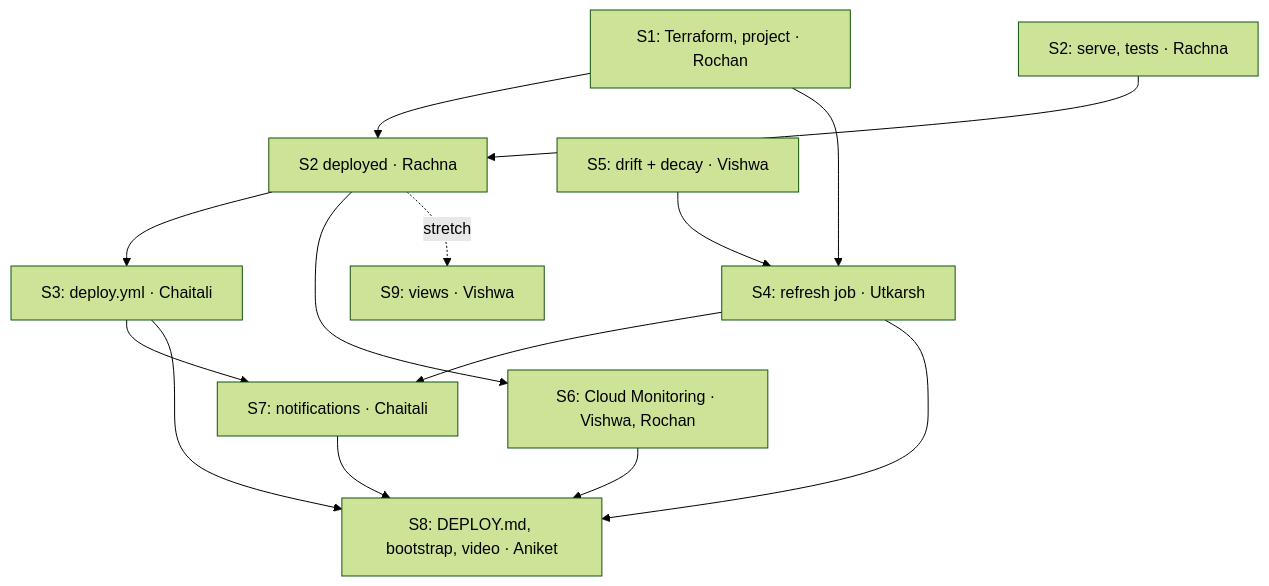
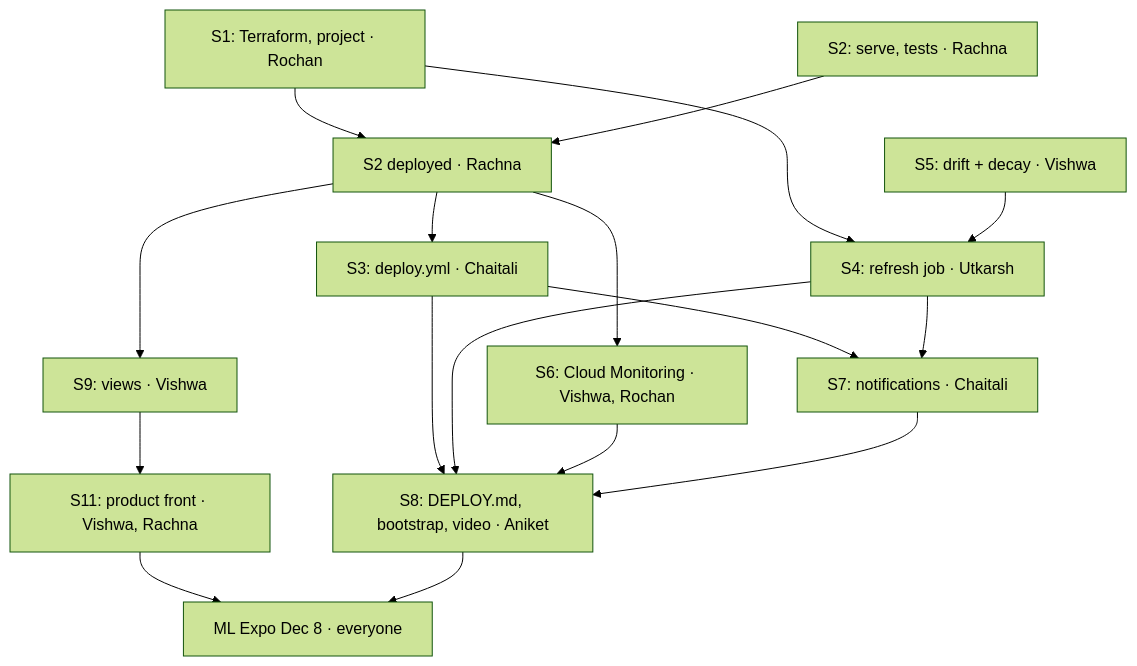
The second of 2 diagrams in Model-Deployment/PLAN.md (Itsme-aniketghosh/Meridian), drawn with Mermaid (forest theme) before and after one commit. The commit also changed other lines of this file and 6 other files, not shown here.

Commit message:
Phase 3 for the ML Expo (Dec 8): the views and a product front become required (S9, S11), a canary step, an SLO and cost panel, the demo script and rehearsals; S6 moves to Rochan, C2 after the expo

````diff
--- a/Model-Deployment/PLAN.md
+++ b/Model-Deployment/PLAN.md
@@ -126,16 +127,19 @@
 ```mermaid
 flowchart TD
   S1["S1: Terraform, project · Rochan"] --> S2d["S2 deployed · Rachna"]
   S2["S2: serve, tests · Rachna"] --> S2d
   S2d --> S3["S3: deploy.yml · Chaitali"]
   S1 --> S4["S4: refresh job · Utkarsh"]
   S5["S5: drift + decay · Vishwa"] --> S4
   S2d --> S6["S6: Cloud Monitoring · Vishwa, Rochan"]
   S3 --> S7["S7: notifications · Chaitali"]
   S4 --> S7
   S3 --> S8["S8: DEPLOY.md, bootstrap, video · Aniket"]
   S4 --> S8
   S6 --> S8
   S7 --> S8
-  S2d -. stretch .-> S9["S9: views · Vishwa"]
+  S2d --> S9["S9: views · Vishwa"]
+  S9 --> S11["S11: product front · Vishwa, Rachna"]
+  S11 --> EXPO["ML Expo Dec 8 · everyone"]
+  S8 --> EXPO
 ```
````
